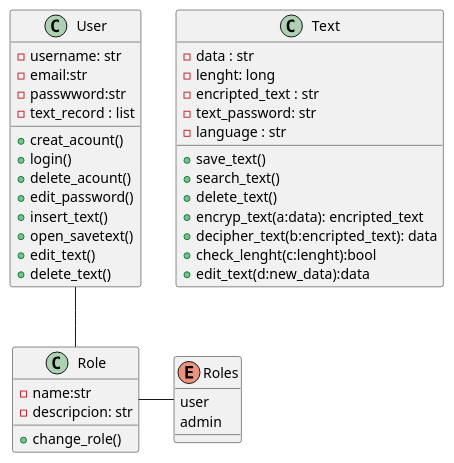
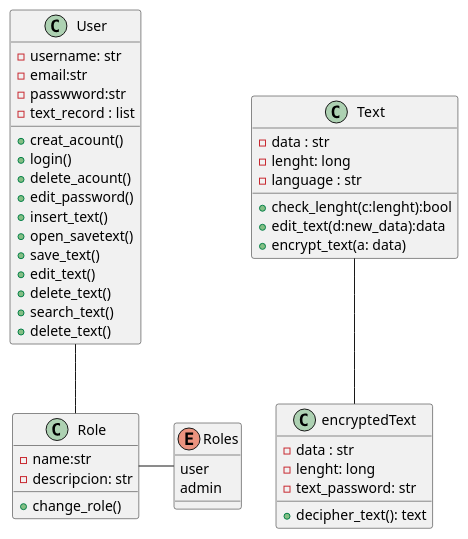
Before and after one commit to julietachaki/ProyectoSoftware: the diagram in docs/diagram.wsd, drawn with PlantUML.

```diff
--- a/docs/diagram.wsd
+++ b/docs/diagram.wsd
@@ -1,42 +1,47 @@
 @startuml ClassDiagram
 class User{
     -username: str
     -email:str
     -passwword:str
     -text_record : list
     +creat_acount()
     +login()
     +delete_acount()
     +edit_password()
     +insert_text()
     +open_savetext()
+    +save_text()
     +edit_text()
+    +delete_text()
+    +search_text()
     +delete_text()
     
 }
 class Role{
     -name:str
     -descripcion: str
     +change_role()
 }
 enum Roles{
     user
     admin
 }
 class Text{
     -data : str
     -lenght: long
-    -encripted_text : str
-    -text_password: str
     -language : str
-    +save_text()
-    +search_text()
-    +delete_text()
-    +encryp_text(a:data): encripted_text
-    +decipher_text(b:encripted_text): data
     +check_lenght(c:lenght):bool
     +edit_text(d:new_data):data
+    +encrypt_text(a: data)
 }
+class encryptedText{
+    -data : str
+    -lenght: long
+    -text_password: str
+    +decipher_text(): text
+}
+
 User -- Role
 Role - Roles
+Text -- encryptedText
 @enduml
```
